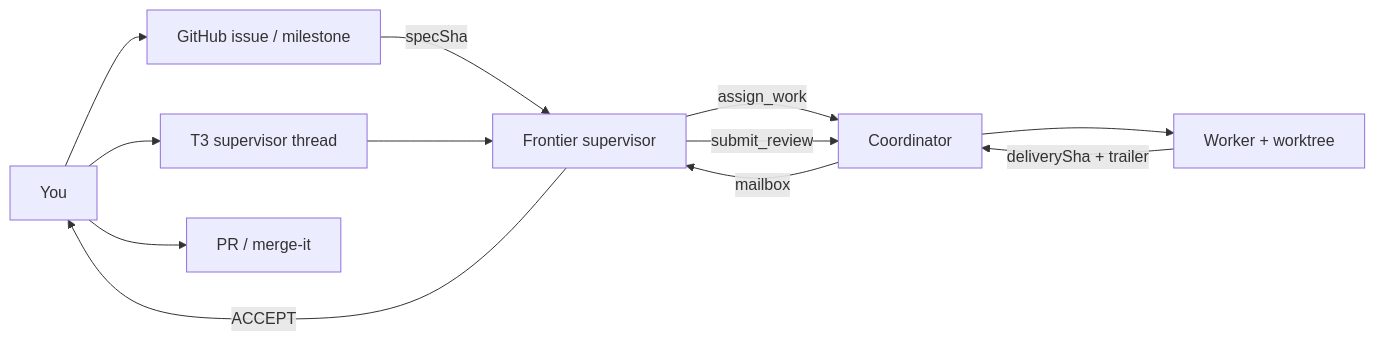
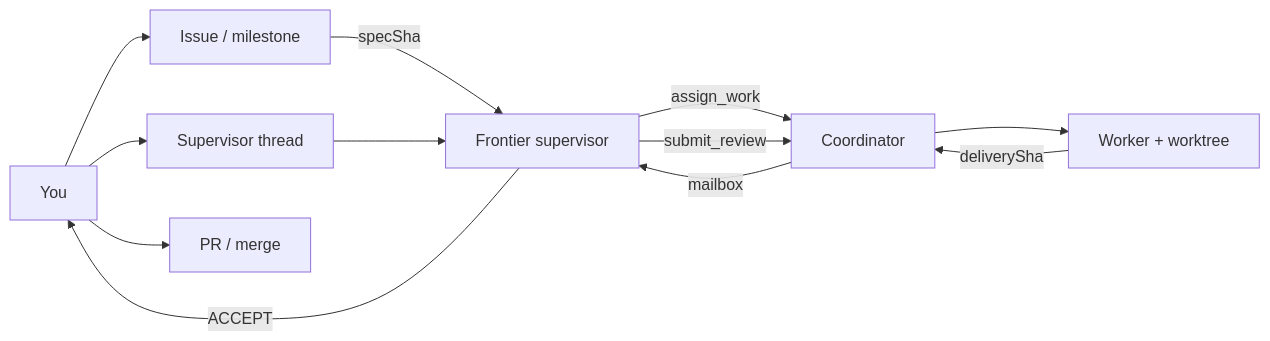
One commit to DecisionNerd/t3-coordinator changed the diagram in docs/experience/DX-PATHS.md. Above: the diagram before and after it, drawn with Mermaid. The commit also changed other lines of this file and 35 other files, not shown here.

````diff
--- a/docs/experience/DX-PATHS.md
+++ b/docs/experience/DX-PATHS.md
@@ -21,14 +19,14 @@
 ```mermaid
 flowchart LR
-  You["You"] --> GH["GitHub issue / milestone"]
-  You --> T3["T3 supervisor thread"]
+  You["You"] --> GH["Issue / milestone"]
+  You --> T3["Supervisor thread"]
   GH -->|"specSha"| Sup["Frontier supervisor"]
   T3 --> Sup
   Sup -->|"assign_work"| Coord["Coordinator"]
   Coord --> W["Worker + worktree"]
-  W -->|"deliverySha + trailer"| Coord
+  W -->|"deliverySha"| Coord
   Coord -->|"mailbox"| Sup
   Sup -->|"submit_review"| Coord
   Sup -->|"ACCEPT"| You
-  You --> PR["PR / merge-it"]
+  You --> PR["PR / merge"]
 ```
````
